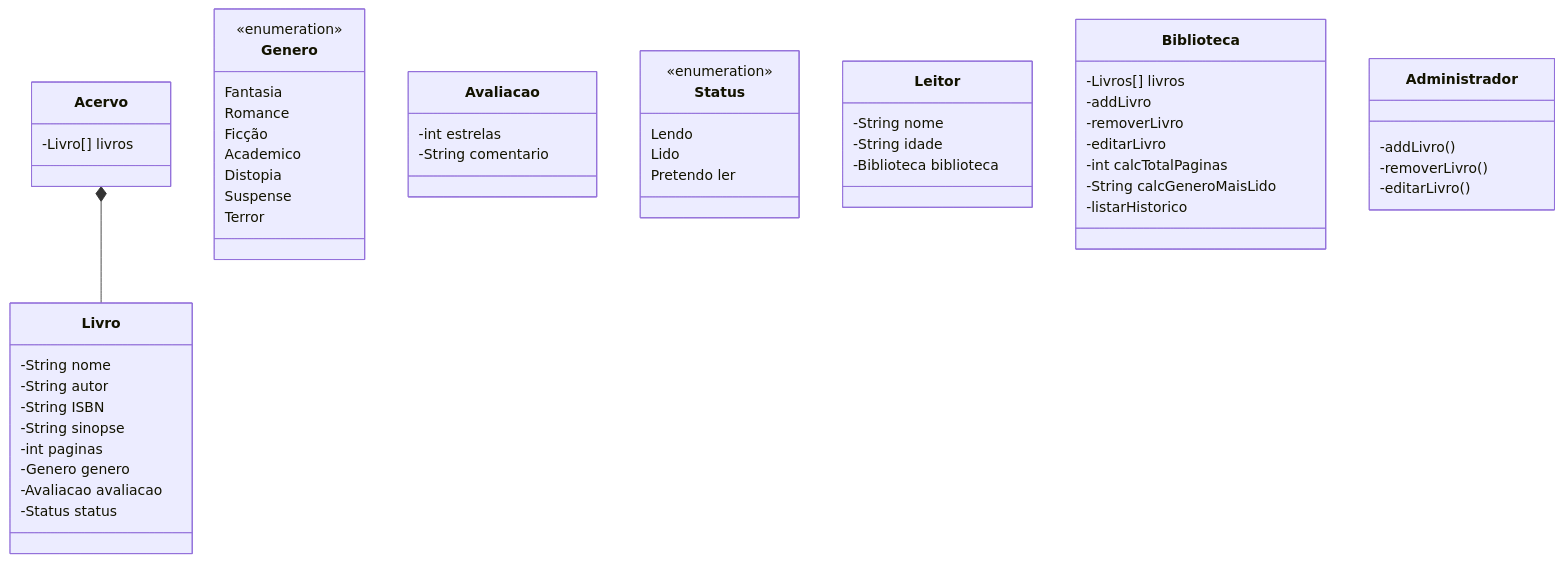
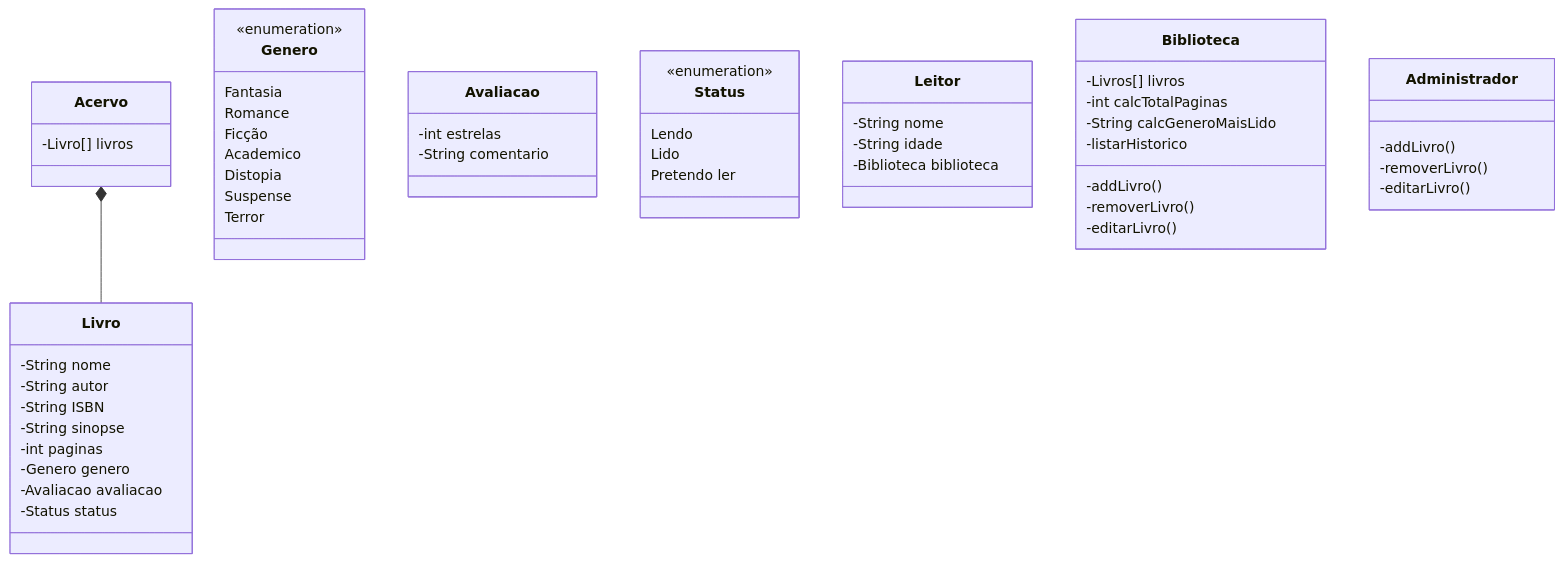
Before and after one commit to martins-joaopedro/DCC025-TrabalhoFinal: the diagram in README.md, drawn with Mermaid.

````diff
--- a/README.md
+++ b/README.md
@@ -4,74 +4,74 @@
 ``` mermaid
 classDiagram
 
 Acervo *-- Livro
 Biblioteca
  Leitor
 
 Livro
 Biblioteca
 
 
 class Livro {
     -String nome
     -String autor
     -String ISBN
     -String sinopse
     -int paginas
     -Genero genero 
     -Avaliacao avaliacao
     -Status status
 }
 
 class Genero {
     <<enumeration>>
     Fantasia
     Romance
     Ficção
     Academico
     Distopia
     Suspense
     Terror
 }
 
 class Acervo {
     -Livro[] livros
 }
 
 class Avaliacao {
     -int estrelas
     -String comentario
 }
 
 class Status {
     <<enumeration>>
     Lendo
     Lido
     Pretendo ler
 }
 
 class Leitor {
     -String nome
     -String idade
     -Biblioteca biblioteca
 }
 
 class Biblioteca {
     -Livros[] livros
 
-    -addLivro
-    -removerLivro
-    -editarLivro
+    -addLivro()
+    -removerLivro()
+    -editarLivro()
 
     -int calcTotalPaginas
     -String calcGeneroMaisLido
     -listarHistorico
 }
 
 class Administrador {
     -addLivro()
     -removerLivro()
     -editarLivro()
 }
 
 ```
````
